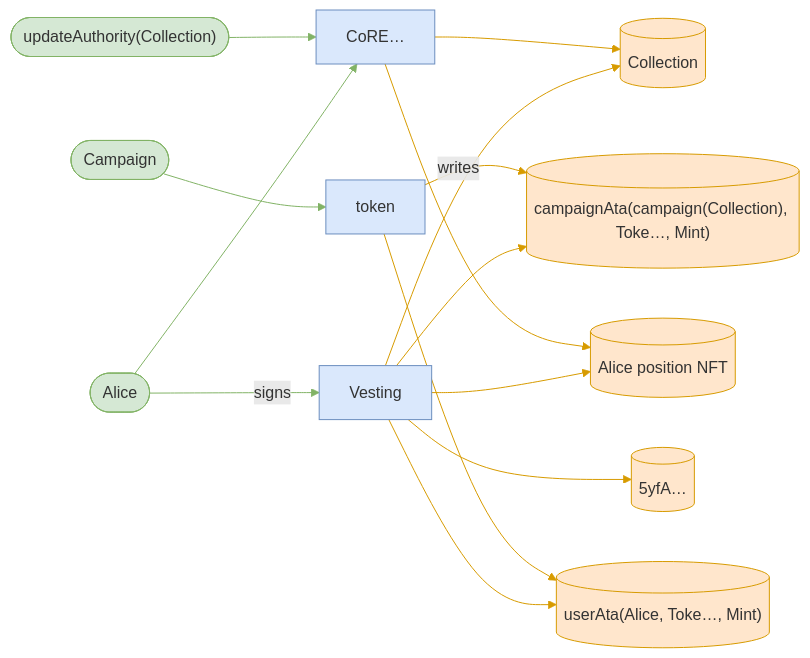
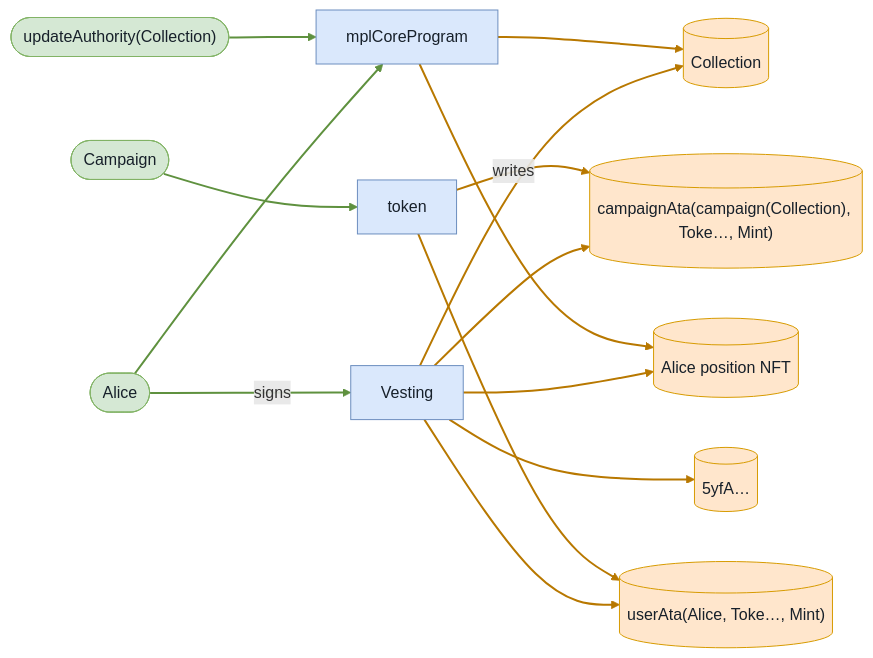
Before and after one commit to cds-turbin3/vesting-position: the eighth of 36 diagrams in babelfish-tests/test-report/full_lifecycle.md, drawn with Mermaid. The commit also changed other lines of this file and 106 other files, not shown here.

````diff
--- a/babelfish-tests/test-report/full_lifecycle.md
+++ b/babelfish-tests/test-report/full_lifecycle.md
@@ -451,32 +449,32 @@
 ```mermaid
 flowchart LR
     Vesting["Vesting"]:::program
     Alice(["Alice"]):::signer
     Collection[("Collection")]:::state
     campaignAtacampaignCollectionTokeMint[("campaignAta(campaign(Collection), Toke…, Mint)")]:::state
     userAtaAliceTokeMint[("userAta(Alice, Toke…, Mint)")]:::state
     AlicepositionNFT[("Alice position NFT")]:::state
     n5yfA[("5yfA…")]:::state
-    CoRE["CoRE…"]:::program
+    mplCoreProgram["mplCoreProgram"]:::program
     updateAuthorityCollection(["updateAuthority(Collection)"]):::signer
     token["token"]:::program
     Campaign(["Campaign"]):::signer
     Alice -->|signs| Vesting
     Vesting -->|writes| Collection
     Vesting --> campaignAtacampaignCollectionTokeMint
     Vesting --> userAtaAliceTokeMint
     Vesting --> AlicepositionNFT
     Vesting --> n5yfA
-    CoRE --> AlicepositionNFT
-    CoRE --> Collection
-    Alice --> CoRE
-    updateAuthorityCollection --> CoRE
+    mplCoreProgram --> AlicepositionNFT
+    mplCoreProgram --> Collection
+    Alice --> mplCoreProgram
+    updateAuthorityCollection --> mplCoreProgram
     token --> campaignAtacampaignCollectionTokeMint
     token --> userAtaAliceTokeMint
     Campaign --> token
-    classDef program fill:#dae8fc,stroke:#6c8ebf;
-    classDef signer fill:#d5e8d4,stroke:#82b366;
-    classDef state fill:#ffe6cc,stroke:#d79b00;
-    linkStyle 0,8,9,12 stroke:#82b366
-    linkStyle 1,2,3,4,5,6,7,10,11 stroke:#d79b00
+    classDef program fill:#dae8fc,stroke:#6c8ebf,color:#17202a;
+    classDef signer fill:#d5e8d4,stroke:#82b366,color:#17202a;
+    classDef state fill:#ffe6cc,stroke:#d79b00,color:#17202a;
+    linkStyle 0,8,9,12 stroke:#5f913f,stroke-width:2px
+    linkStyle 1,2,3,4,5,6,7,10,11 stroke:#b87800,stroke-width:2px
 ```
````
